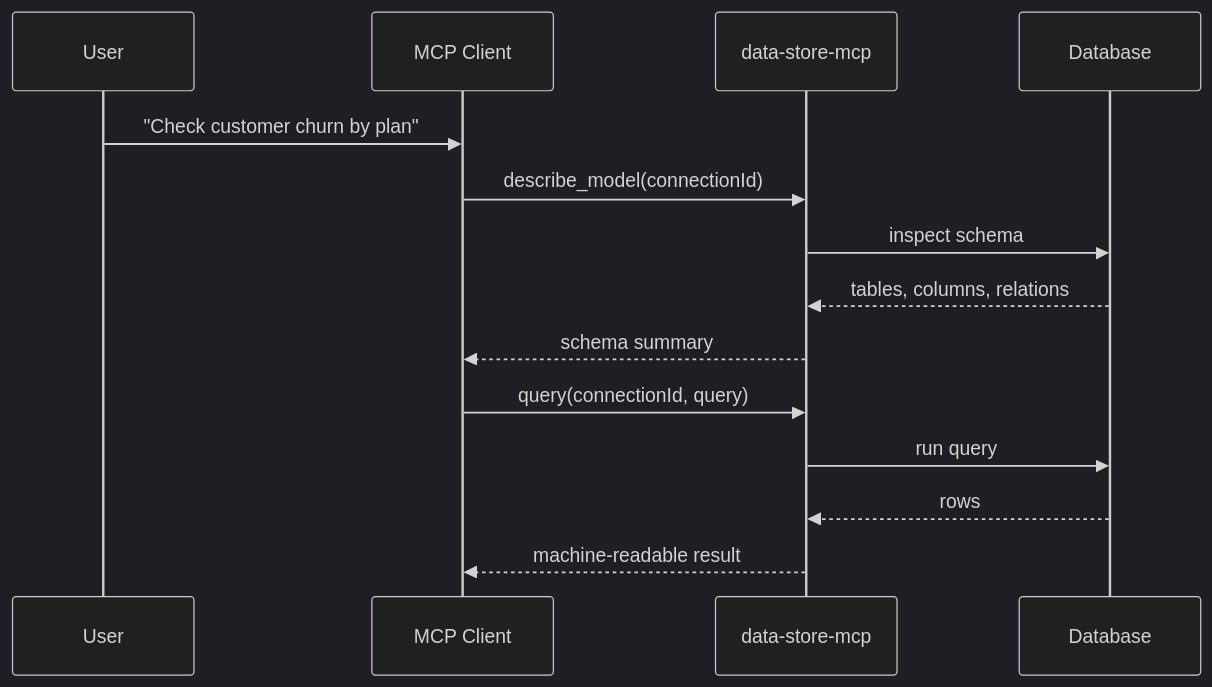
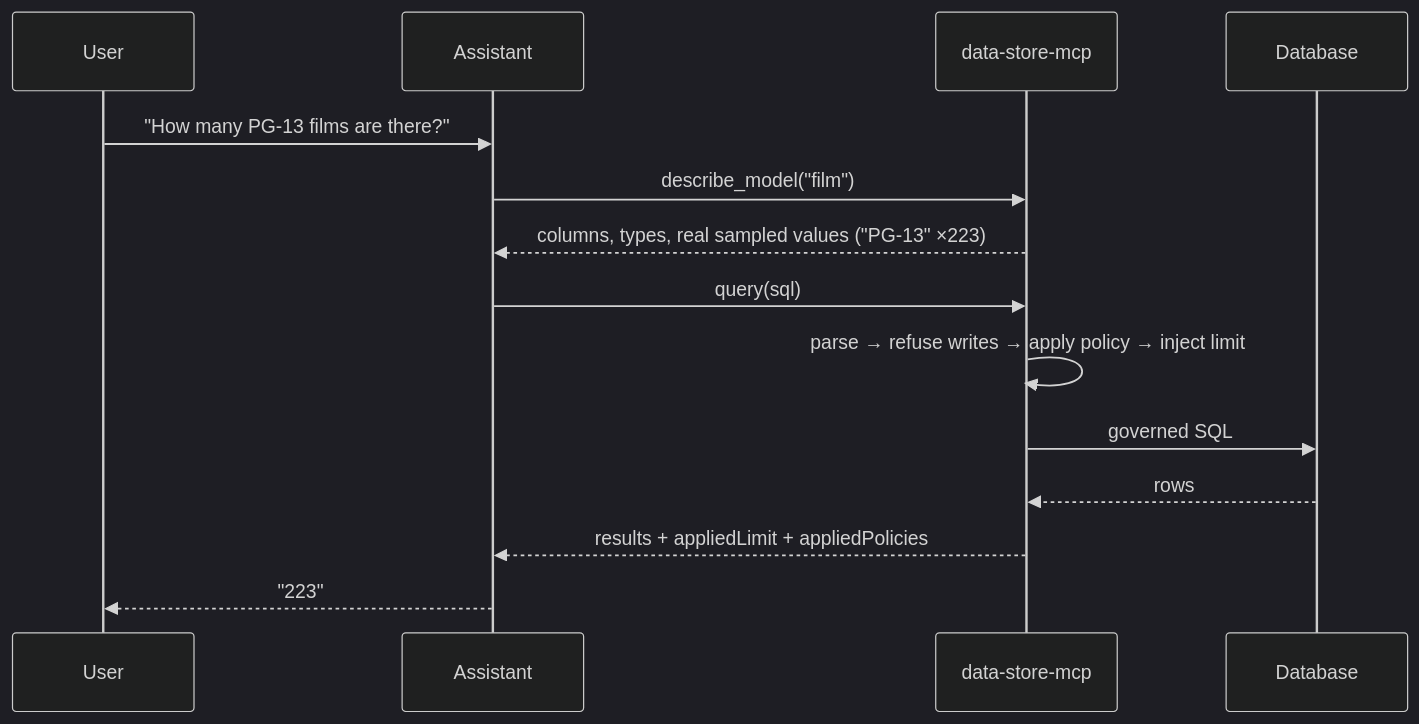
One commit to navid1111/data-store-mcp changed the second of 2 diagrams in README.md. Above: the diagram before and after it, drawn with Mermaid (dark theme). The commit also changed other lines of this file and 25 other files, not shown here.

````diff
--- a/README.md
+++ b/README.md
@@ -50,17 +66,17 @@
 ```mermaid
 sequenceDiagram
     participant U as User
-    participant C as MCP Client
+    participant A as Assistant
     participant S as data-store-mcp
     participant DB as Database
 
-    U->>C: "Check customer churn by plan"
-    C->>S: describe_model(connectionId)
-    S->>DB: inspect schema
-    DB-->>S: tables, columns, relations
-    S-->>C: schema summary
-    C->>S: query(connectionId, query)
-    S->>DB: run query
+    U->>A: "How many PG-13 films are there?"
+    A->>S: describe_model("film")
+    S-->>A: columns, types, real sampled values ("PG-13" ×223)
+    A->>S: query(sql)
+    S->>S: parse → refuse writes → apply policy → inject limit
+    S->>DB: governed SQL
     DB-->>S: rows
-    S-->>C: machine-readable result
+    S-->>A: results + appliedLimit + appliedPolicies
+    A-->>U: "223"
 ```
````
